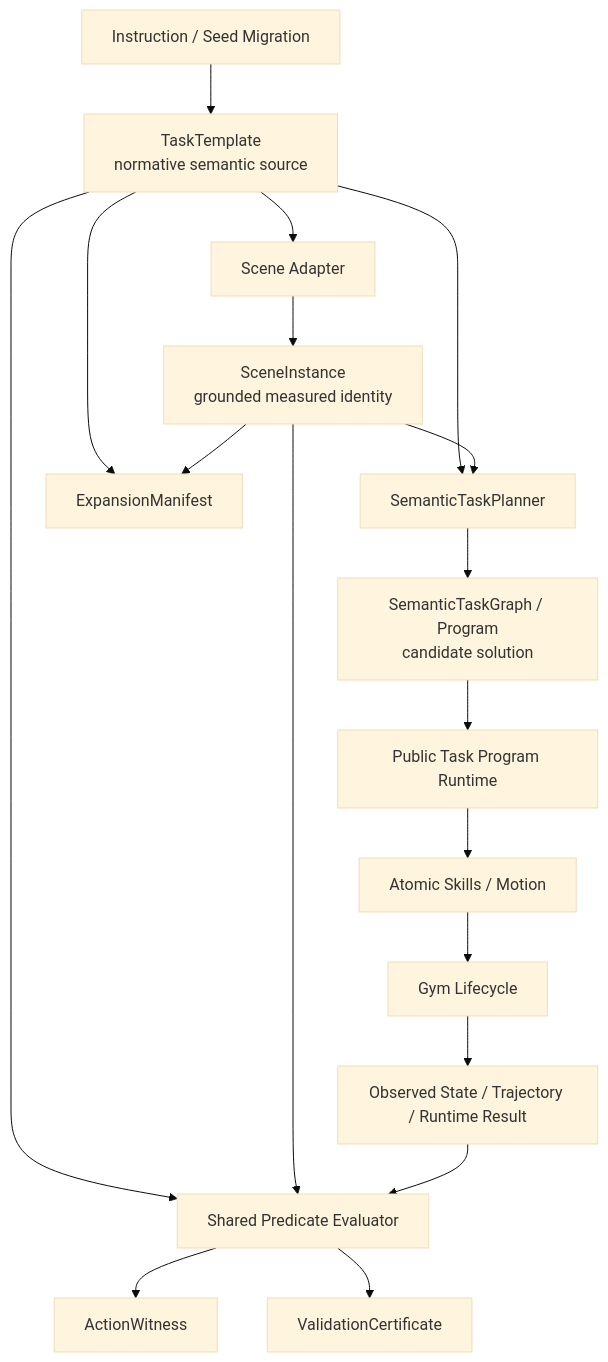
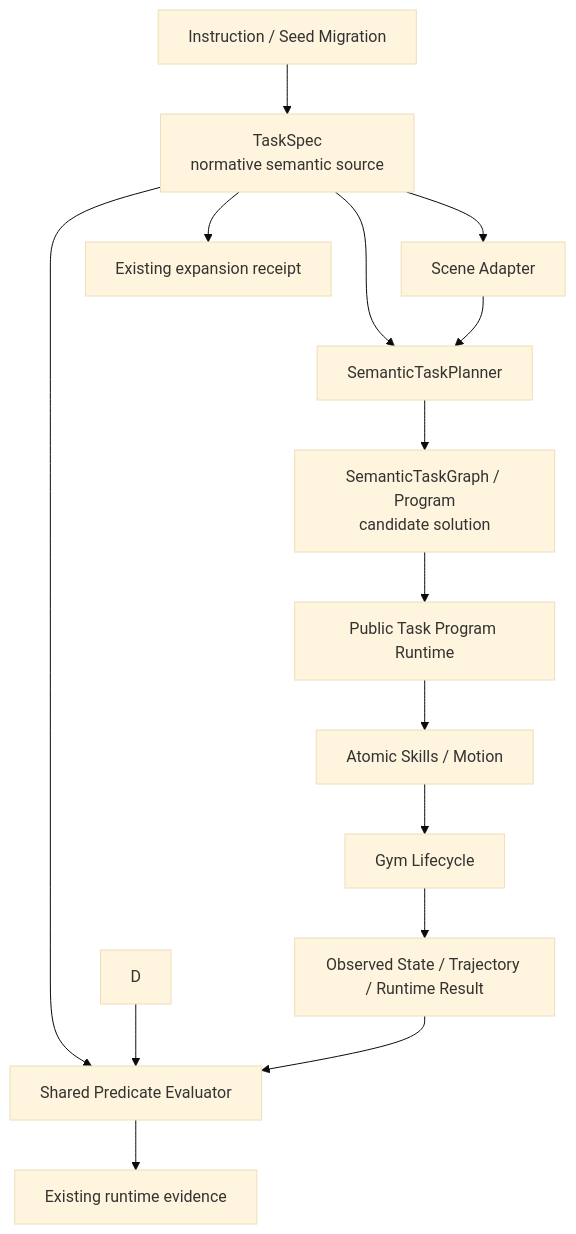
One commit to DexForce/EmbodiChain changed the third of 3 diagrams in docs/architecture/gen-sim-taskspec-design.md. Above: the diagram before and after it, drawn with Mermaid (base theme). The commit also changed other lines of this file and 18 other files, not shown here.

Commit message:
feat(gen-sim): simplify reusable TaskSpec contract

````diff
--- a/docs/architecture/gen-sim-taskspec-design.md
+++ b/docs/architecture/gen-sim-taskspec-design.md
@@ -151,30 +151,26 @@
 ```mermaid
 flowchart TD
     A[Instruction / Seed Migration]
-    B[TaskTemplate<br/>normative semantic source]
+    B[TaskSpec<br/>normative semantic source]
     C[Scene Adapter]
-    D[SceneInstance<br/>grounded measured identity]
     E[SemanticTaskPlanner]
     F[SemanticTaskGraph / Program<br/>candidate solution]
     G[Public Task Program Runtime]
     H[Atomic Skills / Motion]
     I[Gym Lifecycle]
     J[Observed State / Trajectory / Runtime Result]
     K[Shared Predicate Evaluator]
-    L[ActionWitness]
-    M[ValidationCertificate]
-    N[ExpansionManifest]
+    L[Existing runtime evidence]
+    M[Existing expansion receipt]
 
     A --> B
-    B --> C --> D
+    B --> C
     B --> E
-    D --> E
+    C --> E
     E --> F --> G --> H --> I --> J
     B --> K
     D --> K
     J --> K
     K --> L
-    K --> M
-    B --> N
-    D --> N
+    B --> M
 ```
````
